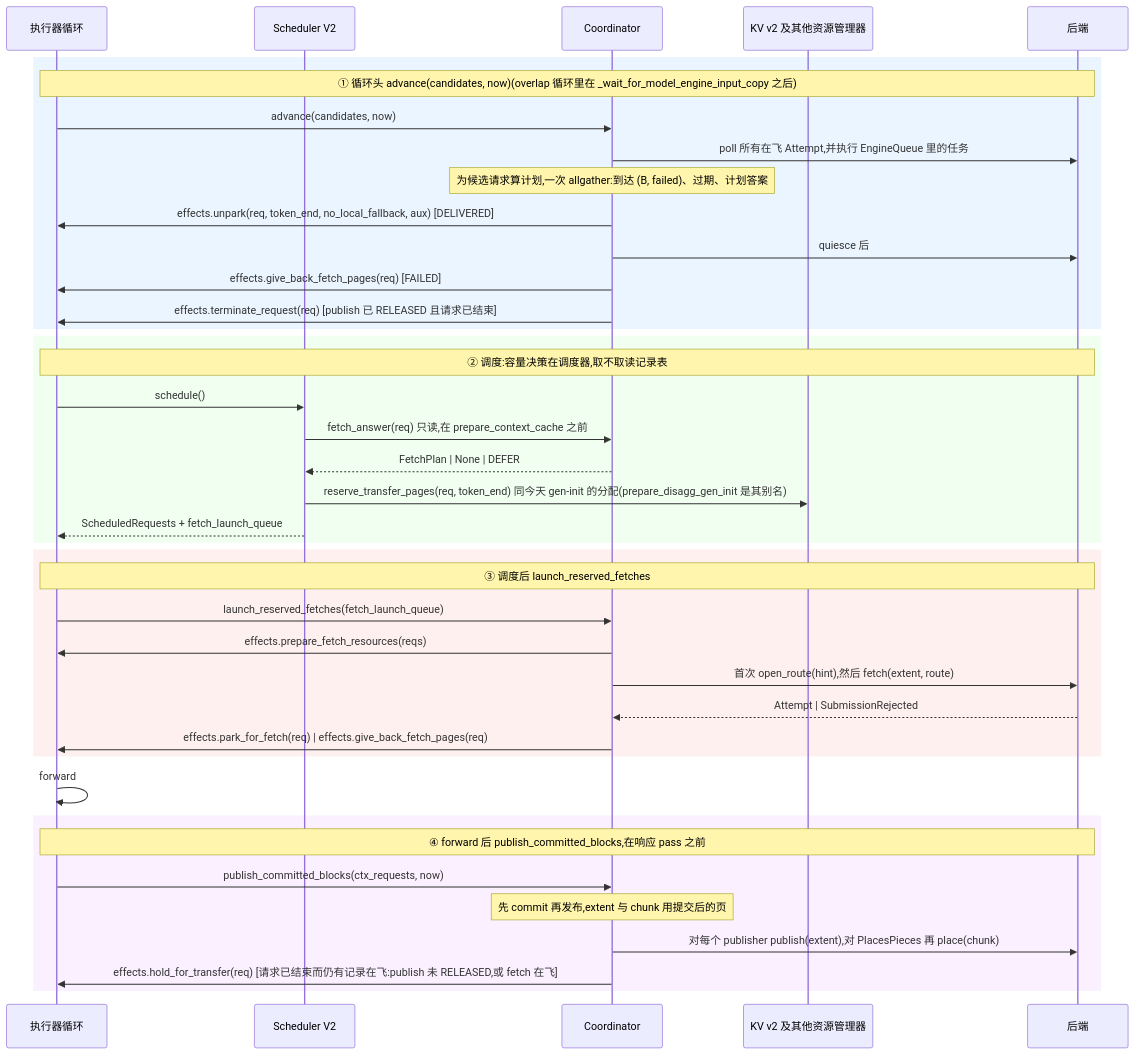
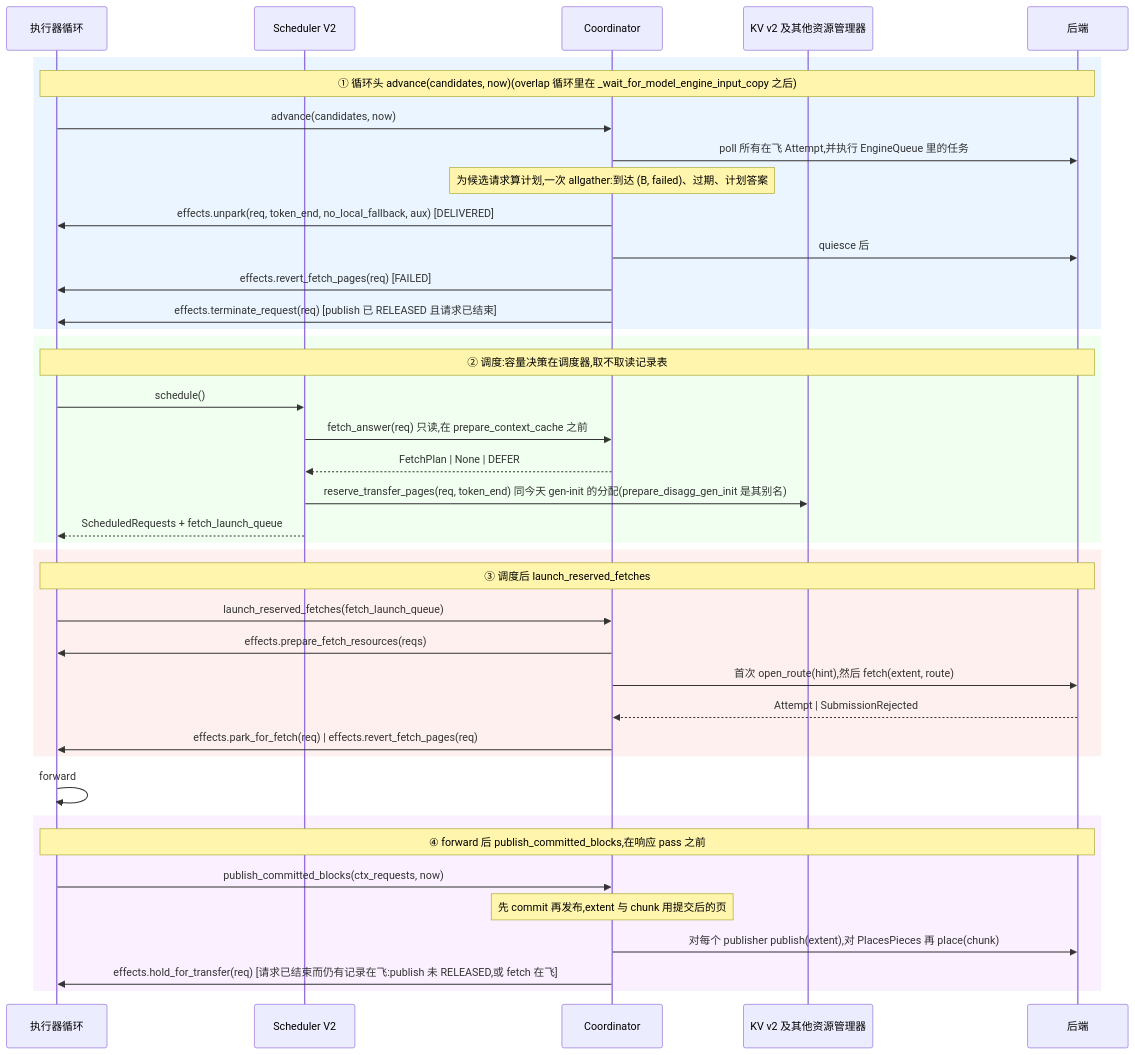
The third of 6 diagrams in docs/shared/KV_TRANSFER_COORDINATOR_DESIGN.zh.md (chuangz0/TensorRT-LLM), drawn with Mermaid before and after one commit. The commit also changed other lines of this file and 36 other files, not shown here.

````diff
--- a/docs/shared/KV_TRANSFER_COORDINATOR_DESIGN.zh.md
+++ b/docs/shared/KV_TRANSFER_COORDINATOR_DESIGN.zh.md
@@ -174,47 +174,47 @@
 ```mermaid
 sequenceDiagram
     participant L as 执行器循环
     participant S as Scheduler V2
     participant C as Coordinator
     participant KV as KV v2 及其他资源管理器
     participant BE as 后端
 
     rect rgb(235, 245, 255)
     Note over L,BE: ① 循环头 advance(candidates, now)(overlap 循环里在 _wait_for_model_engine_input_copy 之后)
     L->>C: advance(candidates, now)
     C->>BE: poll 所有在飞 Attempt,并执行 EngineQueue 里的任务
     Note over C: 为候选请求算计划,一次 allgather:到达 (B, failed)、过期、计划答案
     C->>L: effects.unpark(req, token_end, no_local_fallback, aux)  [DELIVERED]
     C->>BE: quiesce 后
-    C->>L: effects.give_back_fetch_pages(req)  [FAILED]
+    C->>L: effects.revert_fetch_pages(req)  [FAILED]
     C->>L: effects.terminate_request(req)  [publish 已 RELEASED 且请求已结束]
     end
 
     rect rgb(240, 255, 240)
     Note over L,BE: ② 调度:容量决策在调度器,取不取读记录表
     L->>S: schedule()
     S->>C: fetch_answer(req)  只读,在 prepare_context_cache 之前
     C-->>S: FetchPlan | None | DEFER
     S->>KV: reserve_transfer_pages(req, token_end)  同今天 gen-init 的分配(prepare_disagg_gen_init 是其别名)
     S-->>L: ScheduledRequests + fetch_launch_queue
     end
 
     rect rgb(255, 240, 240)
     Note over L,BE: ③ 调度后 launch_reserved_fetches
     L->>C: launch_reserved_fetches(fetch_launch_queue)
     C->>L: effects.prepare_fetch_resources(reqs)
     C->>BE: 首次 open_route(hint),然后 fetch(extent, route)
     BE-->>C: Attempt | SubmissionRejected
-    C->>L: effects.park_for_fetch(req) | effects.give_back_fetch_pages(req)
+    C->>L: effects.park_for_fetch(req) | effects.revert_fetch_pages(req)
     end
 
     L->>L: forward
 
     rect rgb(250, 240, 255)
     Note over L,BE: ④ forward 后 publish_committed_blocks,在响应 pass 之前
     L->>C: publish_committed_blocks(ctx_requests, now)
     Note over C: 先 commit 再发布,extent 与 chunk 用提交后的页
     C->>BE: 对每个 publisher publish(extent),对 PlacesPieces 再 place(chunk)
     C->>L: effects.hold_for_transfer(req)  [请求已结束而仍有记录在飞:publish 未 RELEASED,或 fetch 在飞]
     end
 ```
````
